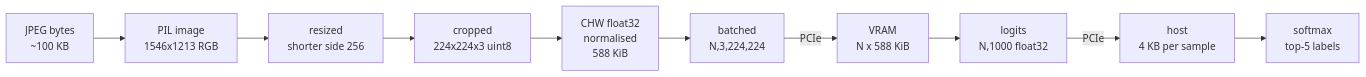
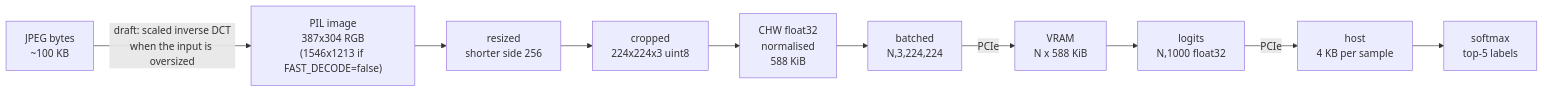
One commit to Harsh-BH/gpu-inference-system changed the third of 8 diagrams in docs/architecture.md. Above: the diagram before and after it, drawn with Mermaid. The commit also changed other lines of this file and 32 other files, not shown here.

````diff
--- a/docs/architecture.md
+++ b/docs/architecture.md
@@ -70,12 +99,12 @@
 ```mermaid
 flowchart LR
-    A["JPEG bytes<br/>~100 KB"] --> B["PIL image<br/>1546x1213 RGB"]
+    A["JPEG bytes<br/>~100 KB"] -->|"draft: scaled inverse DCT<br/>when the input is oversized"| B["PIL image<br/>387x304 RGB<br/>(1546x1213 if FAST_DECODE=false)"]
     B --> C["resized<br/>shorter side 256"]
     C --> D["cropped<br/>224x224x3 uint8"]
     D --> E["CHW float32<br/>normalised<br/>588 KiB"]
     E --> F["batched<br/>N,3,224,224"]
     F -->|PCIe| G["VRAM<br/>N x 588 KiB"]
     G --> H["logits<br/>N,1000 float32"]
     H -->|PCIe| I["host<br/>4 KB per sample"]
     I --> J["softmax<br/>top-5 labels"]
 ```
````
